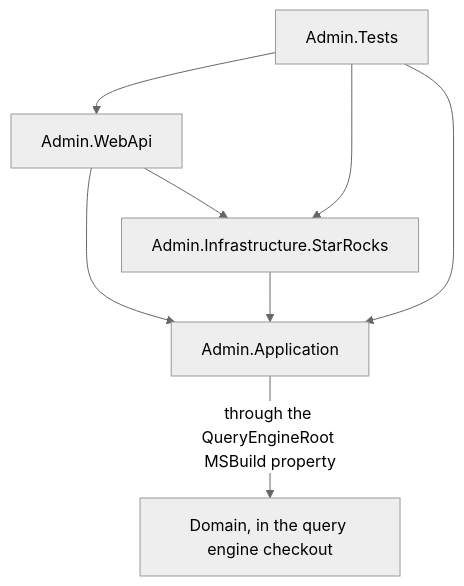
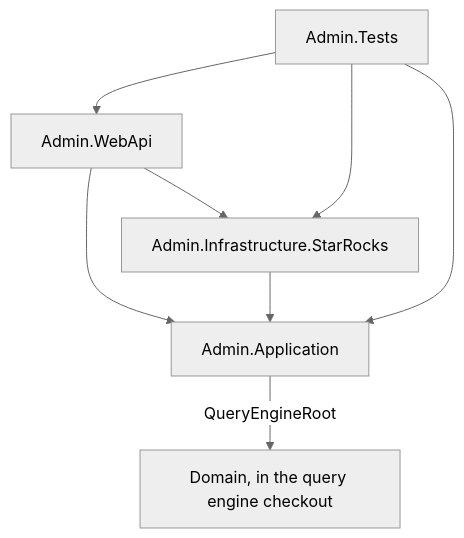
One commit to chrisaliotta/Quantalytix.QueryEngine.Admin changed the second of 2 diagrams in api/docs/architecture/01-architecture.md. Above: the diagram before and after it, drawn with Mermaid (neutral theme). The commit also changed other lines of this file and 7 other files, not shown here.

Commit message:
Rewrite the API README and architecture docs for the change-set API

````diff
--- a/api/docs/architecture/01-architecture.md
+++ b/api/docs/architecture/01-architecture.md
@@ -51,15 +49,10 @@
 ```mermaid
 flowchart TB
-    Tests["Admin.Tests"]
-    Api["Admin.WebApi"]
-    Infra["Admin.Infrastructure.StarRocks"]
-    App["Admin.Application"]
-    Domain["Domain, in the query engine checkout"]
-    Tests --> Api
-    Tests --> Infra
-    Tests --> App
+    Tests["Admin.Tests"] --> Api["Admin.WebApi"]
+    Tests --> Infra["Admin.Infrastructure.StarRocks"]
+    Tests --> App["Admin.Application"]
     Api --> App
     Api --> Infra
     Infra --> App
-    App -->|"through the QueryEngineRoot MSBuild property"| Domain
+    App -->|"QueryEngineRoot"| Domain["Domain, in the query engine checkout"]
 ```
````
